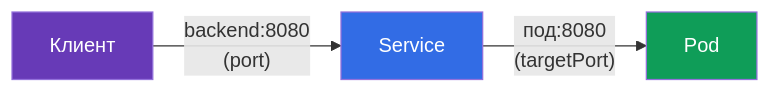
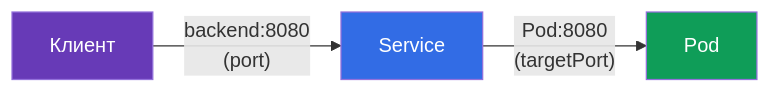
One commit to ViktorUJ/cks changed the fifth of 11 diagrams in tasks/cka/course/07/ru.md. Above: the diagram before and after it, drawn with Mermaid. The commit also changed other lines of this file and 15 other files, not shown here.

````diff
--- a/tasks/cka/course/07/ru.md
+++ b/tasks/cka/course/07/ru.md
@@ -143,8 +143,8 @@
 ```mermaid
 flowchart LR
     c["Клиент"] -->|"backend:8080<br>(port)"| svc["Service"]
-    svc -->|"под:8080<br>(targetPort)"| pod["Pod"]
+    svc -->|"Pod:8080<br>(targetPort)"| pod["Pod"]
     style c fill:#673ab7,color:#fff
     style svc fill:#326ce5,color:#fff
     style pod fill:#0f9d58,color:#fff
 ```
````
